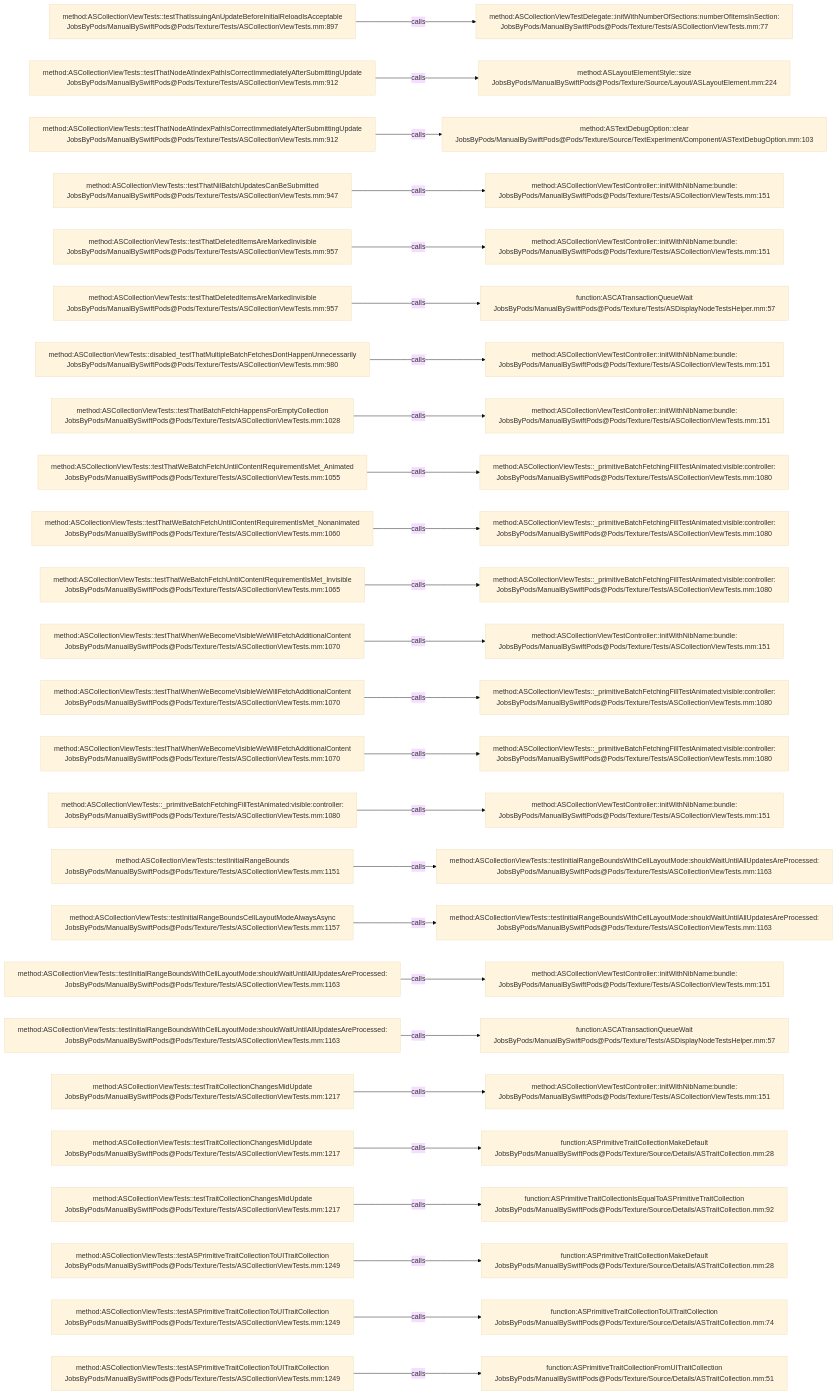
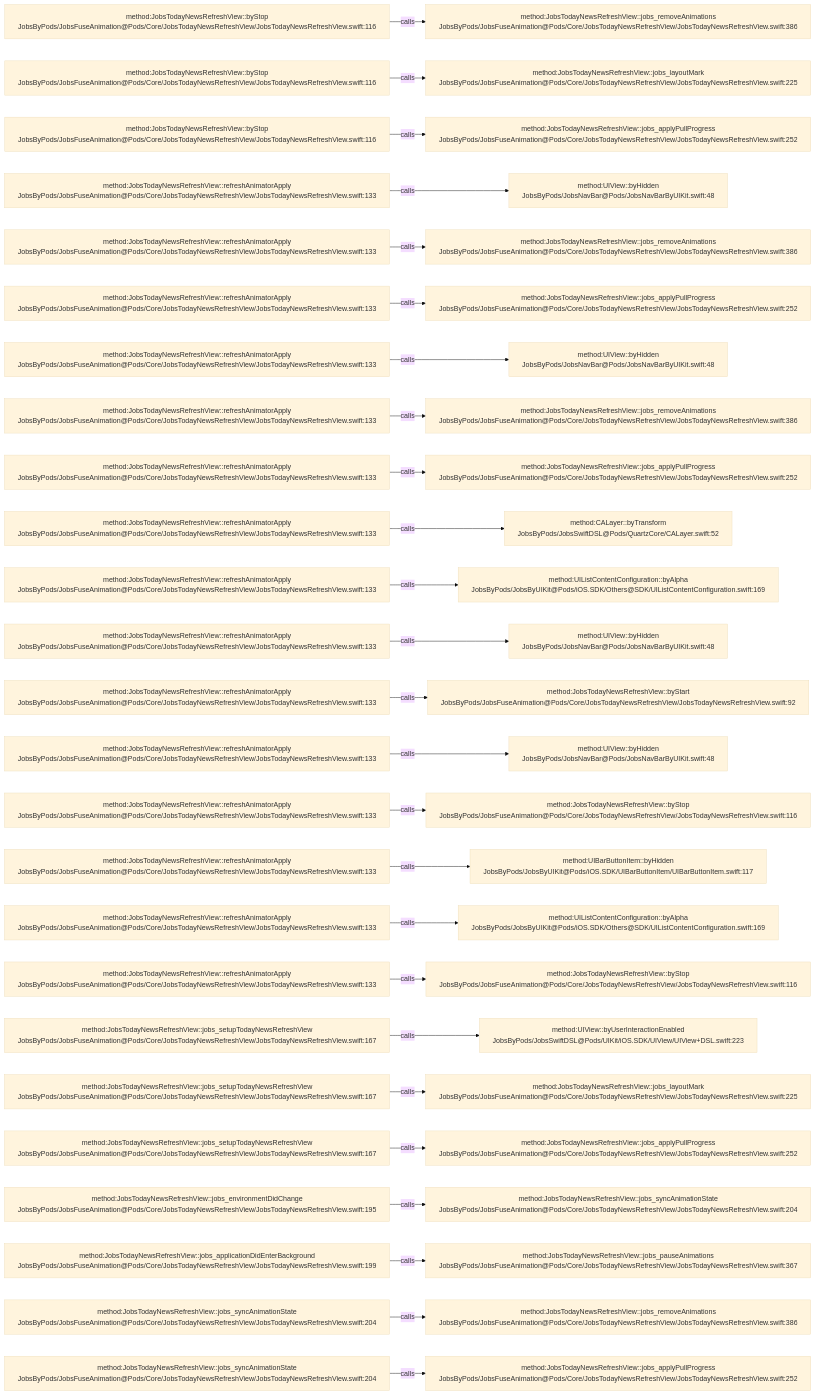
The diagram in .codegraph/codegraph.md/graphs/calls-173.md (JobsKits/JobsSwiftBaseConfigDemo), drawn with Mermaid (base theme) before and after one commit. The commit also changed 224 other files, not shown here.

````diff
--- a/.codegraph/codegraph.md/graphs/calls-173.md
+++ b/.codegraph/codegraph.md/graphs/calls-173.md
@@ -13,78 +13,78 @@
 ```mermaid
 flowchart LR
-  S1["method:ASCollectionViewTests::testThatIssuingAnUpdateBeforeInitialReloadIsAcceptable<br/>JobsByPods/ManualBySwiftPods@Pods/Texture/Tests/ASCollectionViewTests.mm:897"]
-  T1["method:ASCollectionViewTestDelegate::initWithNumberOfSections:numberOfItemsInSection:<br/>JobsByPods/ManualBySwiftPods@Pods/Texture/Tests/ASCollectionViewTests.mm:77"]
+  S1["method:JobsTodayNewsRefreshView::byStop<br/>JobsByPods/JobsFuseAnimation@Pods/Core/JobsTodayNewsRefreshView/JobsTodayNewsRefreshView.swift:116"]
+  T1["method:JobsTodayNewsRefreshView::jobs_removeAnimations<br/>JobsByPods/JobsFuseAnimation@Pods/Core/JobsTodayNewsRefreshView/JobsTodayNewsRefreshView.swift:386"]
   S1 -->|calls| T1
-  S2["method:ASCollectionViewTests::testThatNodeAtIndexPathIsCorrectImmediatelyAfterSubmittingUpdate<br/>JobsByPods/ManualBySwiftPods@Pods/Texture/Tests/ASCollectionViewTests.mm:912"]
-  T2["method:ASLayoutElementStyle::size<br/>JobsByPods/ManualBySwiftPods@Pods/Texture/Source/Layout/ASLayoutElement.mm:224"]
+  S2["method:JobsTodayNewsRefreshView::byStop<br/>JobsByPods/JobsFuseAnimation@Pods/Core/JobsTodayNewsRefreshView/JobsTodayNewsRefreshView.swift:116"]
+  T2["method:JobsTodayNewsRefreshView::jobs_layoutMark<br/>JobsByPods/JobsFuseAnimation@Pods/Core/JobsTodayNewsRefreshView/JobsTodayNewsRefreshView.swift:225"]
   S2 -->|calls| T2
-  S3["method:ASCollectionViewTests::testThatNodeAtIndexPathIsCorrectImmediatelyAfterSubmittingUpdate<br/>JobsByPods/ManualBySwiftPods@Pods/Texture/Tests/ASCollectionViewTests.mm:912"]
-  T3["method:ASTextDebugOption::clear<br/>JobsByPods/ManualBySwiftPods@Pods/Texture/Source/TextExperiment/Component/ASTextDebugOption.mm:103"]
+  S3["method:JobsTodayNewsRefreshView::byStop<br/>JobsByPods/JobsFuseAnimation@Pods/Core/JobsTodayNewsRefreshView/JobsTodayNewsRefreshView.swift:116"]
+  T3["method:JobsTodayNewsRefreshView::jobs_applyPullProgress<br/>JobsByPods/JobsFuseAnimation@Pods/Core/JobsTodayNewsRefreshView/JobsTodayNewsRefreshView.swift:252"]
   S3 -->|calls| T3
-  S4["method:ASCollectionViewTests::testThatNilBatchUpdatesCanBeSubmitted<br/>JobsByPods/ManualBySwiftPods@Pods/Texture/Tests/ASCollectionViewTests.mm:947"]
-  T4["method:ASCollectionViewTestController::initWithNibName:bundle:<br/>JobsByPods/ManualBySwiftPods@Pods/Texture/Tests/ASCollectionViewTests.mm:151"]
+  S4["method:JobsTodayNewsRefreshView::refreshAnimatorApply<br/>JobsByPods/JobsFuseAnimation@Pods/Core/JobsTodayNewsRefreshView/JobsTodayNewsRefreshView.swift:133"]
+  T4["method:UIView::byHidden<br/>JobsByPods/JobsNavBar@Pods/JobsNavBarByUIKit.swift:48"]
   S4 -->|calls| T4
-  S5["method:ASCollectionViewTests::testThatDeletedItemsAreMarkedInvisible<br/>JobsByPods/ManualBySwiftPods@Pods/Texture/Tests/ASCollectionViewTests.mm:957"]
-  T5["method:ASCollectionViewTestController::initWithNibName:bundle:<br/>JobsByPods/ManualBySwiftPods@Pods/Texture/Tests/ASCollectionViewTests.mm:151"]
+  S5["method:JobsTodayNewsRefreshView::refreshAnimatorApply<br/>JobsByPods/JobsFuseAnimation@Pods/Core/JobsTodayNewsRefreshView/JobsTodayNewsRefreshView.swift:133"]
+  T5["method:JobsTodayNewsRefreshView::jobs_removeAnimations<br/>JobsByPods/JobsFuseAnimation@Pods/Core/JobsTodayNewsRefreshView/JobsTodayNewsRefreshView.swift:386"]
   S5 -->|calls| T5
-  S6["method:ASCollectionViewTests::testThatDeletedItemsAreMarkedInvisible<br/>JobsByPods/ManualBySwiftPods@Pods/Texture/Tests/ASCollectionViewTests.mm:957"]
-  T6["function:ASCATransactionQueueWait<br/>JobsByPods/ManualBySwiftPods@Pods/Texture/Tests/ASDisplayNodeTestsHelper.mm:57"]
+  S6["method:JobsTodayNewsRefreshView::refreshAnimatorApply<br/>JobsByPods/JobsFuseAnimation@Pods/Core/JobsTodayNewsRefreshView/JobsTodayNewsRefreshView.swift:133"]
+  T6["method:JobsTodayNewsRefreshView::jobs_applyPullProgress<br/>JobsByPods/JobsFuseAnimation@Pods/Core/JobsTodayNewsRefreshView/JobsTodayNewsRefreshView.swift:252"]
   S6 -->|calls| T6
-  S7["method:ASCollectionViewTests::disabled_testThatMultipleBatchFetchesDontHappenUnnecessarily<br/>JobsByPods/ManualBySwiftPods@Pods/Texture/Tests/ASCollectionViewTests.mm:980"]
-  T7["method:ASCollectionViewTestController::initWithNibName:bundle:<br/>JobsByPods/ManualBySwiftPods@Pods/Texture/Tests/ASCollectionViewTests.mm:151"]
+  S7["method:JobsTodayNewsRefreshView::refreshAnimatorApply<br/>JobsByPods/JobsFuseAnimation@Pods/Core/JobsTodayNewsRefreshView/JobsTodayNewsRefreshView.swift:133"]
+  T7["method:UIView::byHidden<br/>JobsByPods/JobsNavBar@Pods/JobsNavBarByUIKit.swift:48"]
   S7 -->|calls| T7
-  S8["method:ASCollectionViewTests::testThatBatchFetchHappensForEmptyCollection<br/>JobsByPods/ManualBySwiftPods@Pods/Texture/Tests/ASCollectionViewTests.mm:1028"]
-  T8["method:ASCollectionViewTestController::initWithNibName:bundle:<br/>JobsByPods/ManualBySwiftPods@Pods/Texture/Tests/ASCollectionViewTests.mm:151"]
+  S8["method:JobsTodayNewsRefreshView::refreshAnimatorApply<br/>JobsByPods/JobsFuseAnimation@Pods/Core/JobsTodayNewsRefreshView/JobsTodayNewsRefreshView.swift:133"]
+  T8["method:JobsTodayNewsRefreshView::jobs_removeAnimations<br/>JobsByPods/JobsFuseAnimation@Pods/Core/JobsTodayNewsRefreshView/JobsTodayNewsRefreshView.swift:386"]
   S8 -->|calls| T8
-  S9["method:ASCollectionViewTests::testThatWeBatchFetchUntilContentRequirementIsMet_Animated<br/>JobsByPods/ManualBySwiftPods@Pods/Texture/Tests/ASCollectionViewTests.mm:1055"]
-  T9["method:ASCollectionViewTests::_primitiveBatchFetchingFillTestAnimated:visible:controller:<br/>JobsByPods/ManualBySwiftPods@Pods/Texture/Tests/ASCollectionViewTests.mm:1080"]
+  S9["method:JobsTodayNewsRefreshView::refreshAnimatorApply<br/>JobsByPods/JobsFuseAnimation@Pods/Core/JobsTodayNewsRefreshView/JobsTodayNewsRefreshView.swift:133"]
+  T9["method:JobsTodayNewsRefreshView::jobs_applyPullProgress<br/>JobsByPods/JobsFuseAnimation@Pods/Core/JobsTodayNewsRefreshView/JobsTodayNewsRefreshView.swift:252"]
   S9 -->|calls| T9
-  S10["method:ASCollectionViewTests::testThatWeBatchFetchUntilContentRequirementIsMet_Nonanimated<br/>JobsByPods/ManualBySwiftPods@Pods/Texture/Tests/ASCollectionViewTests.mm:1060"]
-  T10["method:ASCollectionViewTests::_primitiveBatchFetchingFillTestAnimated:visible:controller:<br/>JobsByPods/ManualBySwiftPods@Pods/Texture/Tests/ASCollectionViewTests.mm:1080"]
+  S10["method:JobsTodayNewsRefreshView::refreshAnimatorApply<br/>JobsByPods/JobsFuseAnimation@Pods/Core/JobsTodayNewsRefreshView/JobsTodayNewsRefreshView.swift:133"]
+  T10["method:CALayer::byTransform<br/>JobsByPods/JobsSwiftDSL@Pods/QuartzCore/CALayer.swift:52"]
   S10 -->|calls| T10
-  S11["method:ASCollectionViewTests::testThatWeBatchFetchUntilContentRequirementIsMet_Invisible<br/>JobsByPods/ManualBySwiftPods@Pods/Texture/Tests/ASCollectionViewTests.mm:1065"]
-  T11["method:ASCollectionViewTests::_primitiveBatchFetchingFillTestAnimated:visible:controller:<br/>JobsByPods/ManualBySwiftPods@Pods/Texture/Tests/ASCollectionViewTests.mm:1080"]
+  S11["method:JobsTodayNewsRefreshView::refreshAnimatorApply<br/>JobsByPods/JobsFuseAnimation@Pods/Core/JobsTodayNewsRefreshView/JobsTodayNewsRefreshView.swift:133"]
+  T11["method:UIListContentConfiguration::byAlpha<br/>JobsByPods/JobsByUIKit@Pods/iOS.SDK/Others@SDK/UIListContentConfiguration.swift:169"]
   S11 -->|calls| T11
-  S12["method:ASCollectionViewTests::testThatWhenWeBecomeVisibleWeWillFetchAdditionalContent<br/>JobsByPods/ManualBySwiftPods@Pods/Texture/Tests/ASCollectionViewTests.mm:1070"]
-  T12["method:ASCollectionViewTestController::initWithNibName:bundle:<br/>JobsByPods/ManualBySwiftPods@Pods/Texture/Tests/ASCollectionViewTests.mm:151"]
+  S12["method:JobsTodayNewsRefreshView::refreshAnimatorApply<br/>JobsByPods/JobsFuseAnimation@Pods/Core/JobsTodayNewsRefreshView/JobsTodayNewsRefreshView.swift:133"]
+  T12["method:UIView::byHidden<br/>JobsByPods/JobsNavBar@Pods/JobsNavBarByUIKit.swift:48"]
   S12 -->|calls| T12
-  S13["method:ASCollectionViewTests::testThatWhenWeBecomeVisibleWeWillFetchAdditionalContent<br/>JobsByPods/ManualBySwiftPods@Pods/Texture/Tests/ASCollectionViewTests.mm:1070"]
-  T13["method:ASCollectionViewTests::_primitiveBatchFetchingFillTestAnimated:visible:controller:<br/>JobsByPods/ManualBySwiftPods@Pods/Texture/Tests/ASCollectionViewTests.mm:1080"]
+  S13["method:JobsTodayNewsRefreshView::refreshAnimatorApply<br/>JobsByPods/JobsFuseAnimation@Pods/Core/JobsTodayNewsRefreshView/JobsTodayNewsRefreshView.swift:133"]
+  T13["method:JobsTodayNewsRefreshView::byStart<br/>JobsByPods/JobsFuseAnimation@Pods/Core/JobsTodayNewsRefreshView/JobsTodayNewsRefreshView.swift:92"]
   S13 -->|calls| T13
-  S14["method:ASCollectionViewTests::testThatWhenWeBecomeVisibleWeWillFetchAdditionalContent<br/>JobsByPods/ManualBySwiftPods@Pods/Texture/Tests/ASCollectionViewTests.mm:1070"]
-  T14["method:ASCollectionViewTests::_primitiveBatchFetchingFillTestAnimated:visible:controller:<br/>JobsByPods/ManualBySwiftPods@Pods/Texture/Tests/ASCollectionViewTests.mm:1080"]
+  S14["method:JobsTodayNewsRefreshView::refreshAnimatorApply<br/>JobsByPods/JobsFuseAnimation@Pods/Core/JobsTodayNewsRefreshView/JobsTodayNewsRefreshView.swift:133"]
+  T14["method:UIView::byHidden<br/>JobsByPods/JobsNavBar@Pods/JobsNavBarByUIKit.swift:48"]
   S14 -->|calls| T14
-  S15["method:ASCollectionViewTests::_primitiveBatchFetchingFillTestAnimated:visible:controller:<br/>JobsByPods/ManualBySwiftPods@Pods/Texture/Tests/ASCollectionViewTests.mm:1080"]
-  T15["method:ASCollectionViewTestController::initWithNibName:bundle:<br/>JobsByPods/ManualBySwiftPods@Pods/Texture/Tests/ASCollectionViewTests.mm:151"]
+  S15["method:JobsTodayNewsRefreshView::refreshAnimatorApply<br/>JobsByPods/JobsFuseAnimation@Pods/Core/JobsTodayNewsRefreshView/JobsTodayNewsRefreshView.swift:133"]
+  T15["method:JobsTodayNewsRefreshView::byStop<br/>JobsByPods/JobsFuseAnimation@Pods/Core/JobsTodayNewsRefreshView/JobsTodayNewsRefreshView.swift:116"]
   S15 -->|calls| T15
-  S16["method:ASCollectionViewTests::testInitialRangeBounds<br/>JobsByPods/ManualBySwiftPods@Pods/Texture/Tests/ASCollectionViewTests.mm:1151"]
-  T16["method:ASCollectionViewTests::testInitialRangeBoundsWithCellLayoutMode:shouldWaitUntilAllUpdatesAreProcessed:<br/>JobsByPods/ManualBySwiftPods@Pods/Texture/Tests/ASCollectionViewTests.mm:1163"]
+  S16["method:JobsTodayNewsRefreshView::refreshAnimatorApply<br/>JobsByPods/JobsFuseAnimation@Pods/Core/JobsTodayNewsRefreshView/JobsTodayNewsRefreshView.swift:133"]
+  T16["method:UIBarButtonItem::byHidden<br/>JobsByPods/JobsByUIKit@Pods/iOS.SDK/UIBarButtonItem/UIBarButtonItem.swift:117"]
   S16 -->|calls| T16
-  S17["method:ASCollectionViewTests::testInitialRangeBoundsCellLayoutModeAlwaysAsync<br/>JobsByPods/ManualBySwiftPods@Pods/Texture/Tests/ASCollectionViewTests.mm:1157"]
-  T17["method:ASCollectionViewTests::testInitialRangeBoundsWithCellLayoutMode:shouldWaitUntilAllUpdatesAreProcessed:<br/>JobsByPods/ManualBySwiftPods@Pods/Texture/Tests/ASCollectionViewTests.mm:1163"]
+  S17["method:JobsTodayNewsRefreshView::refreshAnimatorApply<br/>JobsByPods/JobsFuseAnimation@Pods/Core/JobsTodayNewsRefreshView/JobsTodayNewsRefreshView.swift:133"]
+  T17["method:UIListContentConfiguration::byAlpha<br/>JobsByPods/JobsByUIKit@Pods/iOS.SDK/Others@SDK/UIListContentConfiguration.swift:169"]
   S17 -->|calls| T17
-  S18["method:ASCollectionViewTests::testInitialRangeBoundsWithCellLayoutMode:shouldWaitUntilAllUpdatesAreProcessed:<br/>JobsByPods/ManualBySwiftPods@Pods/Texture/Tests/ASCollectionViewTests.mm:1163"]
-  T18["method:ASCollectionViewTestController::initWithNibName:bundle:<br/>JobsByPods/ManualBySwiftPods@Pods/Texture/Tests/ASCollectionViewTests.mm:151"]
+  S18["method:JobsTodayNewsRefreshView::refreshAnimatorApply<br/>JobsByPods/JobsFuseAnimation@Pods/Core/JobsTodayNewsRefreshView/JobsTodayNewsRefreshView.swift:133"]
+  T18["method:JobsTodayNewsRefreshView::byStop<br/>JobsByPods/JobsFuseAnimation@Pods/Core/JobsTodayNewsRefreshView/JobsTodayNewsRefreshView.swift:116"]
   S18 -->|calls| T18
-  S19["method:ASCollectionViewTests::testInitialRangeBoundsWithCellLayoutMode:shouldWaitUntilAllUpdatesAreProcessed:<br/>JobsByPods/ManualBySwiftPods@Pods/Texture/Tests/ASCollectionViewTests.mm:1163"]
-  T19["function:ASCATransactionQueueWait<br/>JobsByPods/ManualBySwiftPods@Pods/Texture/Tests/ASDisplayNodeTestsHelper.mm:57"]
+  S19["method:JobsTodayNewsRefreshView::jobs_setupTodayNewsRefreshView<br/>JobsByPods/JobsFuseAnimation@Pods/Core/JobsTodayNewsRefreshView/JobsTodayNewsRefreshView.swift:167"]
+  T19["method:UIView::byUserInteractionEnabled<br/>JobsByPods/JobsSwiftDSL@Pods/UIKit/iOS.SDK/UIView/UIView+DSL.swift:223"]
   S19 -->|calls| T19
-  S20["method:ASCollectionViewTests::testTraitCollectionChangesMidUpdate<br/>JobsByPods/ManualBySwiftPods@Pods/Texture/Tests/ASCollectionViewTests.mm:1217"]
-  T20["method:ASCollectionViewTestController::initWithNibName:bundle:<br/>JobsByPods/ManualBySwiftPods@Pods/Texture/Tests/ASCollectionViewTests.mm:151"]
+  S20["method:JobsTodayNewsRefreshView::jobs_setupTodayNewsRefreshView<br/>JobsByPods/JobsFuseAnimation@Pods/Core/JobsTodayNewsRefreshView/JobsTodayNewsRefreshView.swift:167"]
+  T20["method:JobsTodayNewsRefreshView::jobs_layoutMark<br/>JobsByPods/JobsFuseAnimation@Pods/Core/JobsTodayNewsRefreshView/JobsTodayNewsRefreshView.swift:225"]
   S20 -->|calls| T20
-  S21["method:ASCollectionViewTests::testTraitCollectionChangesMidUpdate<br/>JobsByPods/ManualBySwiftPods@Pods/Texture/Tests/ASCollectionViewTests.mm:1217"]
-  T21["function:ASPrimitiveTraitCollectionMakeDefault<br/>JobsByPods/ManualBySwiftPods@Pods/Texture/Source/Details/ASTraitCollection.mm:28"]
+  S21["method:JobsTodayNewsRefreshView::jobs_setupTodayNewsRefreshView<br/>JobsByPods/JobsFuseAnimation@Pods/Core/JobsTodayNewsRefreshView/JobsTodayNewsRefreshView.swift:167"]
+  T21["method:JobsTodayNewsRefreshView::jobs_applyPullProgress<br/>JobsByPods/JobsFuseAnimation@Pods/Core/JobsTodayNewsRefreshView/JobsTodayNewsRefreshView.swift:252"]
   S21 -->|calls| T21
-  S22["method:ASCollectionViewTests::testTraitCollectionChangesMidUpdate<br/>JobsByPods/ManualBySwiftPods@Pods/Texture/Tests/ASCollectionViewTests.mm:1217"]
-  T22["function:ASPrimitiveTraitCollectionIsEqualToASPrimitiveTraitCollection<br/>JobsByPods/ManualBySwiftPods@Pods/Texture/Source/Details/ASTraitCollection.mm:92"]
+  S22["method:JobsTodayNewsRefreshView::jobs_environmentDidChange<br/>JobsByPods/JobsFuseAnimation@Pods/Core/JobsTodayNewsRefreshView/JobsTodayNewsRefreshView.swift:195"]
+  T22["method:JobsTodayNewsRefreshView::jobs_syncAnimationState<br/>JobsByPods/JobsFuseAnimation@Pods/Core/JobsTodayNewsRefreshView/JobsTodayNewsRefreshView.swift:204"]
   S22 -->|calls| T22
-  S23["method:ASCollectionViewTests::testASPrimitiveTraitCollectionToUITraitCollection<br/>JobsByPods/ManualBySwiftPods@Pods/Texture/Tests/ASCollectionViewTests.mm:1249"]
-  T23["function:ASPrimitiveTraitCollectionMakeDefault<br/>JobsByPods/ManualBySwiftPods@Pods/Texture/Source/Details/ASTraitCollection.mm:28"]
+  S23["method:JobsTodayNewsRefreshView::jobs_applicationDidEnterBackground<br/>JobsByPods/JobsFuseAnimation@Pods/Core/JobsTodayNewsRefreshView/JobsTodayNewsRefreshView.swift:199"]
+  T23["method:JobsTodayNewsRefreshView::jobs_pauseAnimations<br/>JobsByPods/JobsFuseAnimation@Pods/Core/JobsTodayNewsRefreshView/JobsTodayNewsRefreshView.swift:367"]
   S23 -->|calls| T23
-  S24["method:ASCollectionViewTests::testASPrimitiveTraitCollectionToUITraitCollection<br/>JobsByPods/ManualBySwiftPods@Pods/Texture/Tests/ASCollectionViewTests.mm:1249"]
-  T24["function:ASPrimitiveTraitCollectionToUITraitCollection<br/>JobsByPods/ManualBySwiftPods@Pods/Texture/Source/Details/ASTraitCollection.mm:74"]
+  S24["method:JobsTodayNewsRefreshView::jobs_syncAnimationState<br/>JobsByPods/JobsFuseAnimation@Pods/Core/JobsTodayNewsRefreshView/JobsTodayNewsRefreshView.swift:204"]
+  T24["method:JobsTodayNewsRefreshView::jobs_removeAnimations<br/>JobsByPods/JobsFuseAnimation@Pods/Core/JobsTodayNewsRefreshView/JobsTodayNewsRefreshView.swift:386"]
   S24 -->|calls| T24
-  S25["method:ASCollectionViewTests::testASPrimitiveTraitCollectionToUITraitCollection<br/>JobsByPods/ManualBySwiftPods@Pods/Texture/Tests/ASCollectionViewTests.mm:1249"]
-  T25["function:ASPrimitiveTraitCollectionFromUITraitCollection<br/>JobsByPods/ManualBySwiftPods@Pods/Texture/Source/Details/ASTraitCollection.mm:51"]
+  S25["method:JobsTodayNewsRefreshView::jobs_syncAnimationState<br/>JobsByPods/JobsFuseAnimation@Pods/Core/JobsTodayNewsRefreshView/JobsTodayNewsRefreshView.swift:204"]
+  T25["method:JobsTodayNewsRefreshView::jobs_applyPullProgress<br/>JobsByPods/JobsFuseAnimation@Pods/Core/JobsTodayNewsRefreshView/JobsTodayNewsRefreshView.swift:252"]
   S25 -->|calls| T25
 ```
````
